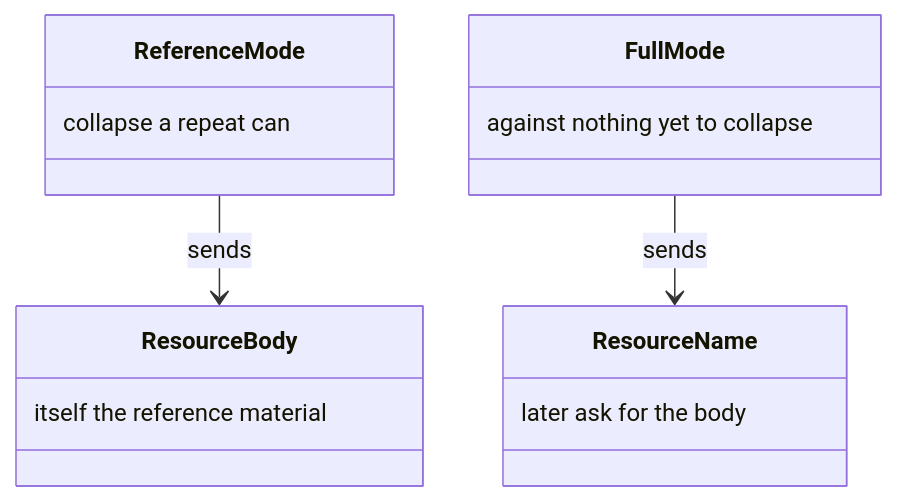
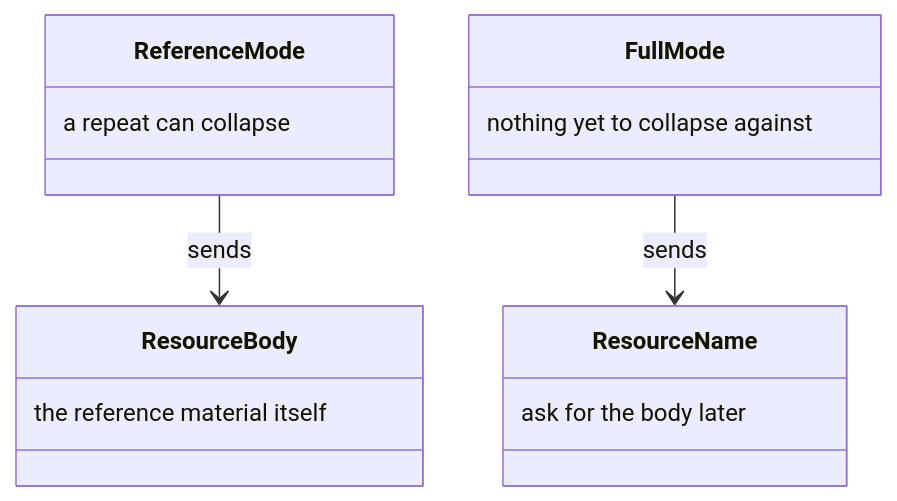
Before and after one commit to m2ux/workflow-server: diagram 22 of 26 in docs/delivery.md, drawn with Mermaid. The commit also changed other lines of this file and 10 other files, not shown here.

Commit message:
Write each class-box note in reading order so the diagram shows the phrase as written.

````diff
--- a/docs/delivery.md
+++ b/docs/delivery.md
@@ -564,17 +564,17 @@
 ```mermaid
 classDiagram
   class ReferenceMode {
-    collapse a repeat can
+    a repeat can collapse
   }
   class FullMode {
-    against nothing yet to collapse
+    nothing yet to collapse against
   }
   class ResourceBody {
-    itself the reference material
+    the reference material itself
   }
   class ResourceName {
-    later ask for the body
+    ask for the body later
   }
   ReferenceMode --> ResourceBody : sends
   FullMode --> ResourceName : sends
 ```
````
